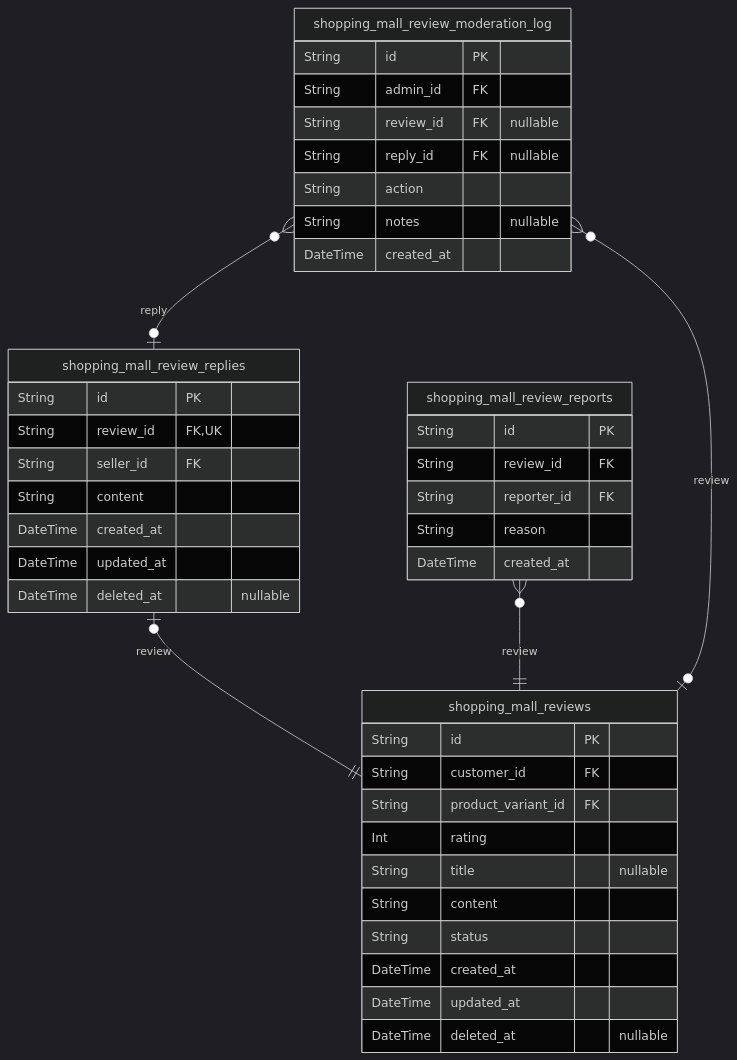
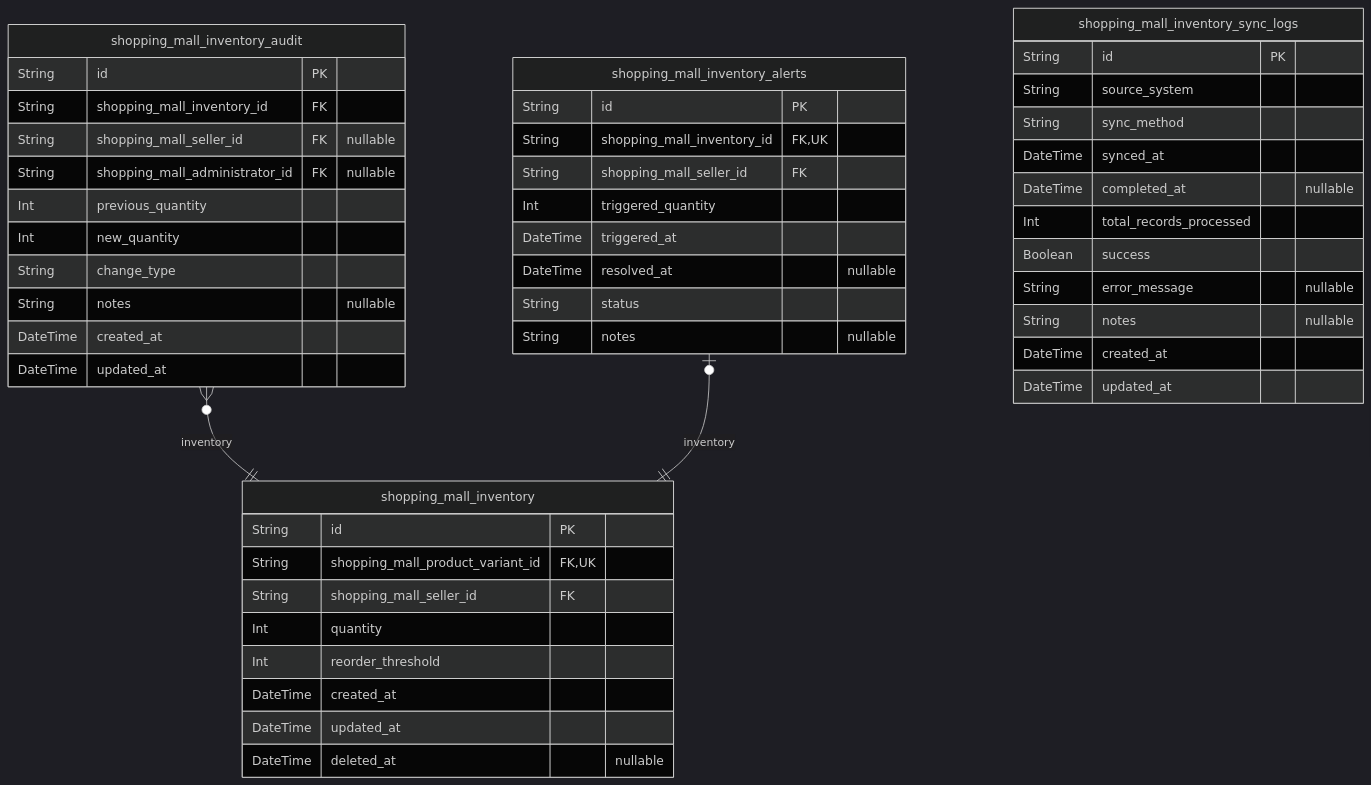
One commit to wrtnlabs/autobe-examples changed the sixth of 11 diagrams in qwen/qwen3-next-80b-a3b-instruct/shopping/docs/ERD.md. Above: the diagram before and after it, drawn with Mermaid (dark theme). The commit also changed other lines of this file and 366 other files, not shown here.

````diff
--- a/qwen/qwen3-next-80b-a3b-instruct/shopping/docs/ERD.md
+++ b/qwen/qwen3-next-80b-a3b-instruct/shopping/docs/ERD.md
@@ -2521,44 +1403,50 @@
 ```mermaid
 erDiagram
-"shopping_mall_reviews" {
+"shopping_mall_inventory" {
   String id PK
-  String customer_id FK
-  String product_variant_id FK
-  Int rating
-  String title "nullable"
-  String content
-  String status
+  String shopping_mall_product_variant_id FK,UK
+  String shopping_mall_seller_id FK
+  Int quantity
+  Int reorder_threshold
   DateTime created_at
   DateTime updated_at
   DateTime deleted_at "nullable"
 }
-"shopping_mall_review_replies" {
+"shopping_mall_inventory_audit" {
   String id PK
-  String review_id FK,UK
-  String seller_id FK
-  String content
+  String shopping_mall_inventory_id FK
+  String shopping_mall_seller_id FK "nullable"
+  String shopping_mall_administrator_id FK "nullable"
+  Int previous_quantity
+  Int new_quantity
+  String change_type
+  String notes "nullable"
   DateTime created_at
   DateTime updated_at
-  DateTime deleted_at "nullable"
 }
-"shopping_mall_review_reports" {
+"shopping_mall_inventory_alerts" {
   String id PK
-  String review_id FK
-  String reporter_id FK
-  String reason
-  DateTime created_at
+  String shopping_mall_inventory_id FK,UK
+  String shopping_mall_seller_id FK
+  Int triggered_quantity
+  DateTime triggered_at
+  DateTime resolved_at "nullable"
+  String status
+  String notes "nullable"
 }
-"shopping_mall_review_moderation_log" {
+"shopping_mall_inventory_sync_logs" {
   String id PK
-  String admin_id FK
-  String review_id FK "nullable"
-  String reply_id FK "nullable"
-  String action
+  String source_system
+  String sync_method
+  DateTime synced_at
+  DateTime completed_at "nullable"
+  Int total_records_processed
+  Boolean success
+  String error_message "nullable"
   String notes "nullable"
   DateTime created_at
+  DateTime updated_at
 }
-"shopping_mall_review_replies" |o--|| "shopping_mall_reviews" : review
-"shopping_mall_review_reports" }o--|| "shopping_mall_reviews" : review
-"shopping_mall_review_moderation_log" }o--o| "shopping_mall_reviews" : review
-"shopping_mall_review_moderation_log" }o--o| "shopping_mall_review_replies" : reply
+"shopping_mall_inventory_audit" }o--|| "shopping_mall_inventory" : inventory
+"shopping_mall_inventory_alerts" |o--|| "shopping_mall_inventory" : inventory
 ```
````
